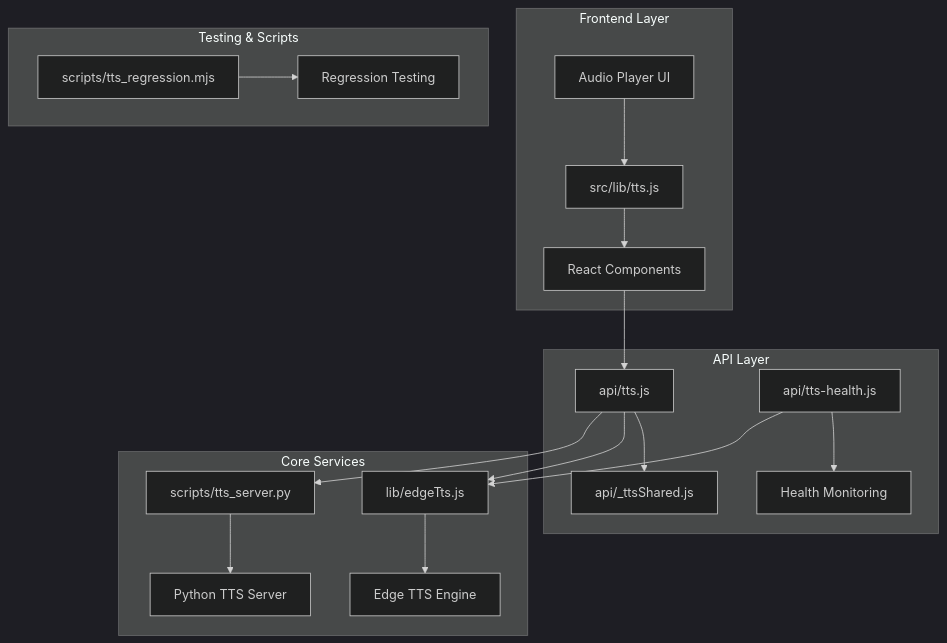
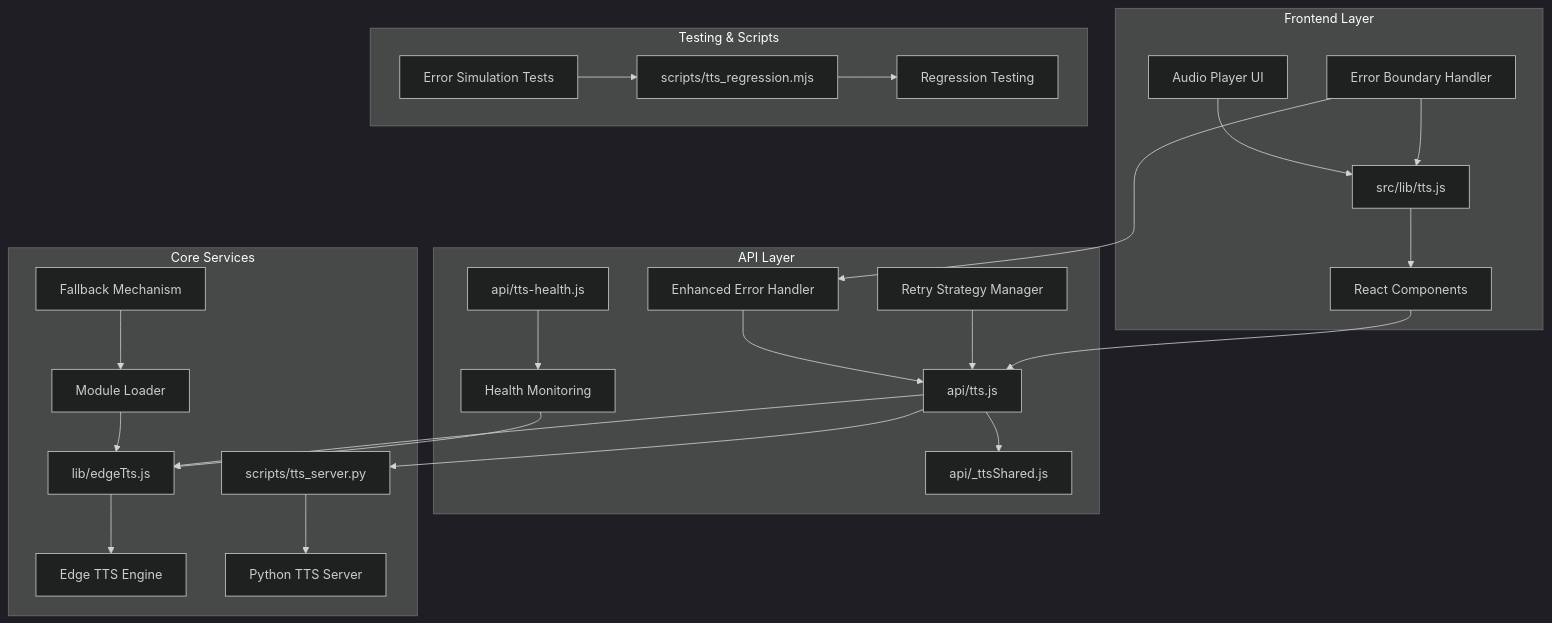
Before and after one commit to zmyeo54/briefroom: the first of 4 diagrams in .qoder/repowiki/en/content/Core Features/Text-to-Speech Integration.md, drawn with Mermaid (dark theme). The commit also changed other lines of this file and 7 other files, not shown here.

First line of the commit message:
feat(tts): enhance stability with retry logic and circuit breaker patterns

````diff
--- a/.qoder/repowiki/en/content/Core Features/Text-to-Speech Integration.md
+++ b/.qoder/repowiki/en/content/Core Features/Text-to-Speech Integration.md
@@ -47,22 +49,29 @@
 ```mermaid
 graph TB
 subgraph "Frontend Layer"
 A[src/lib/tts.js] --> B[React Components]
 C[Audio Player UI] --> A
+D[Error Boundary Handler] --> A
 end
 subgraph "API Layer"
-D[api/tts.js] --> E[api/_ttsShared.js]
-F[api/tts-health.js] --> G[Health Monitoring]
+E[api/tts.js] --> F[api/_ttsShared.js]
+G[api/tts-health.js] --> H[Health Monitoring]
+I[Enhanced Error Handler] --> E
+J[Retry Strategy Manager] --> E
 end
 subgraph "Core Services"
-H[lib/edgeTts.js] --> I[Edge TTS Engine]
-J[scripts/tts_server.py] --> K[Python TTS Server]
+K[lib/edgeTts.js] --> L[Edge TTS Engine]
+M[scripts/tts_server.py] --> N[Python TTS Server]
+O[Module Loader] --> K
+P[Fallback Mechanism] --> O
 end
 subgraph "Testing & Scripts"
-L[scripts/tts_regression.mjs] --> M[Regression Testing]
+Q[scripts/tts_regression.mjs] --> R[Regression Testing]
+S[Error Simulation Tests] --> Q
 end
-B --> D
-D --> H
-D --> J
-F --> H
+B --> E
+E --> K
+E --> M
+H --> K
+D --> I
 ```
````
